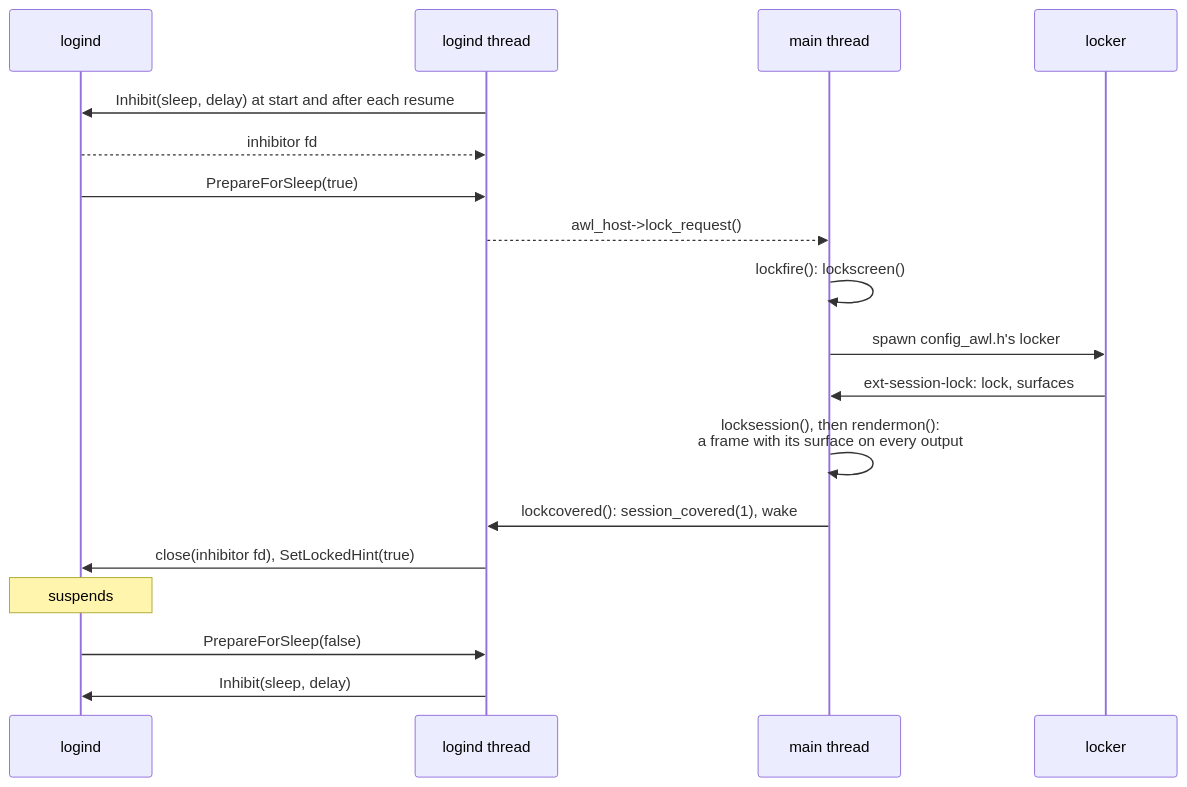
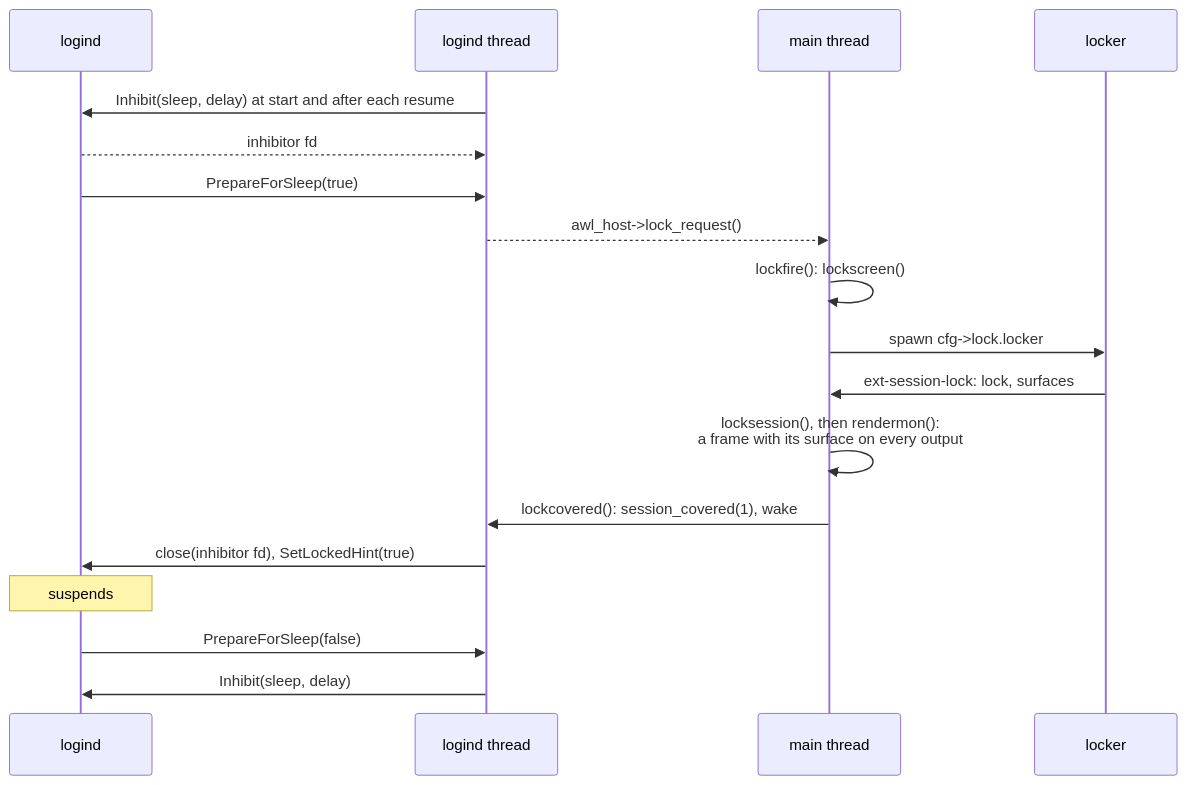
One commit to alcubierre-drive/awl changed the seventh of 7 diagrams in doc/threads.rst. Above: the diagram before and after it, drawn with Mermaid. The commit also changed other lines of this file and 83 other files, not shown here.

```diff
--- a/doc/threads.rst
+++ b/doc/threads.rst
@@ -260,20 +260,20 @@
 .. mermaid::
 
    sequenceDiagram
      participant L as logind
      participant T as logind thread
      participant M as main thread
      participant K as locker
      T->>L: Inhibit(sleep, delay) at start and after each resume
      L-->>T: inhibitor fd
      L->>T: PrepareForSleep(true)
      T-->>M: awl_host->lock_request()
      M->>M: lockfire(): lockscreen()
-     M->>K: spawn config_awl.h's locker
+     M->>K: spawn cfg->lock.locker
      K->>M: ext-session-lock: lock, surfaces
      M->>M: locksession(), then rendermon():<br/>a frame with its surface on every output
      M->>T: lockcovered(): session_covered(1), wake
      T->>L: close(inhibitor fd), SetLockedHint(true)
      Note over L: suspends
      L->>T: PrepareForSleep(false)
      T->>L: Inhibit(sleep, delay)
```
